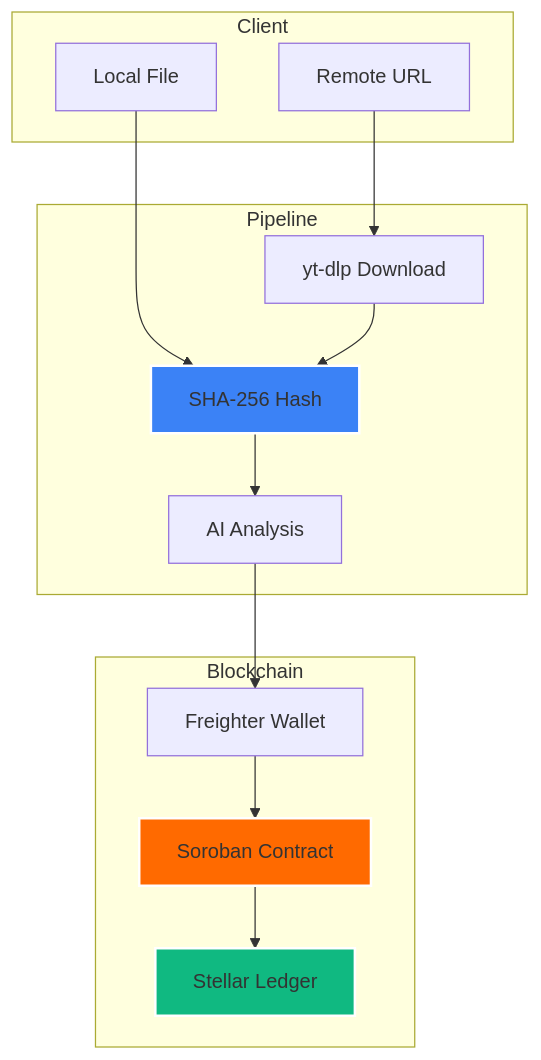
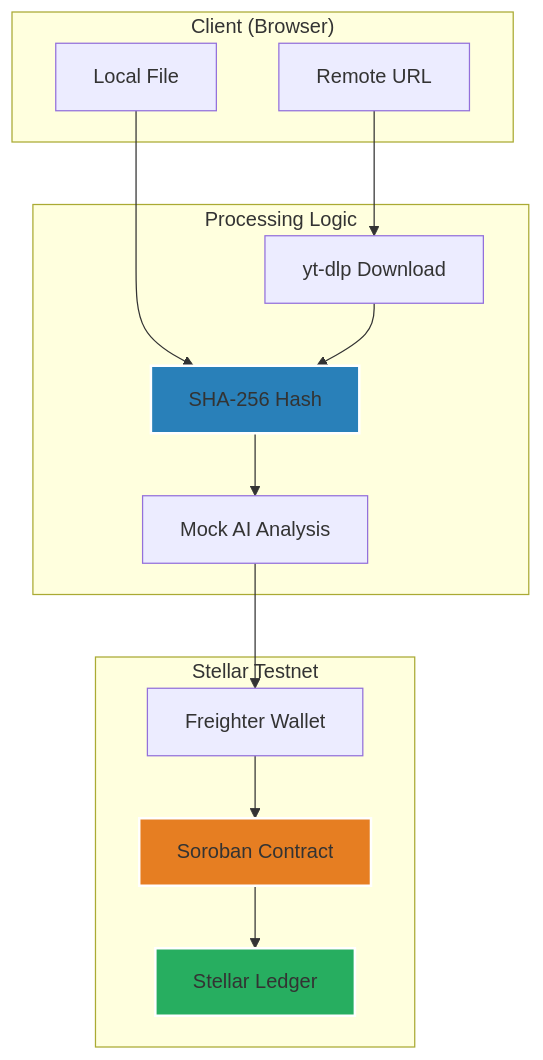
The diagram in README.md (tunisch/AuthentiScan), drawn with Mermaid before and after one commit. The commit also changed other lines of this file and 4 other files, not shown here.

````diff
--- a/README.md
+++ b/README.md
@@ -39,27 +41,27 @@
 ```mermaid
 graph TD
-    subgraph "Client"
+    subgraph "Client (Browser)"
         LF[Local File]
         RU[Remote URL]
     end
 
-    subgraph "Pipeline"
+    subgraph "Processing Logic"
         DL[yt-dlp Download]
         CH[SHA-256 Hash]
-        AI[AI Analysis]
+        AI[Mock AI Analysis]
     end
 
-    subgraph "Blockchain"
+    subgraph "Stellar Testnet"
         FW[Freighter Wallet]
         SC[Soroban Contract]
         SL[Stellar Ledger]
     end
 
     LF --> CH
     RU --> DL --> CH
     CH --> AI --> FW --> SC --> SL
 
-    style SC fill:#ff6a00,stroke:#fff,stroke-width:2px
-    style SL fill:#10b981,stroke:#fff,stroke-width:2px
-    style CH fill:#3b82f6,stroke:#fff,stroke-width:2px
+    style SC fill:#e67e22,stroke:#fff,stroke-width:2px
+    style SL fill:#27ae60,stroke:#fff,stroke-width:2px
+    style CH fill:#2980b9,stroke:#fff,stroke-width:2px
 ```
````
